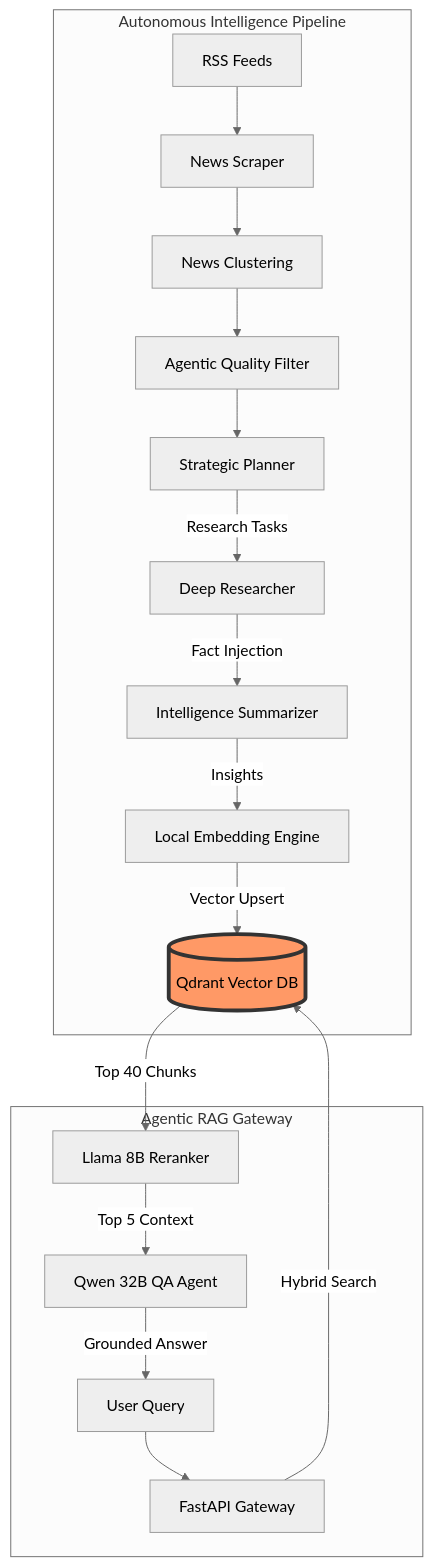
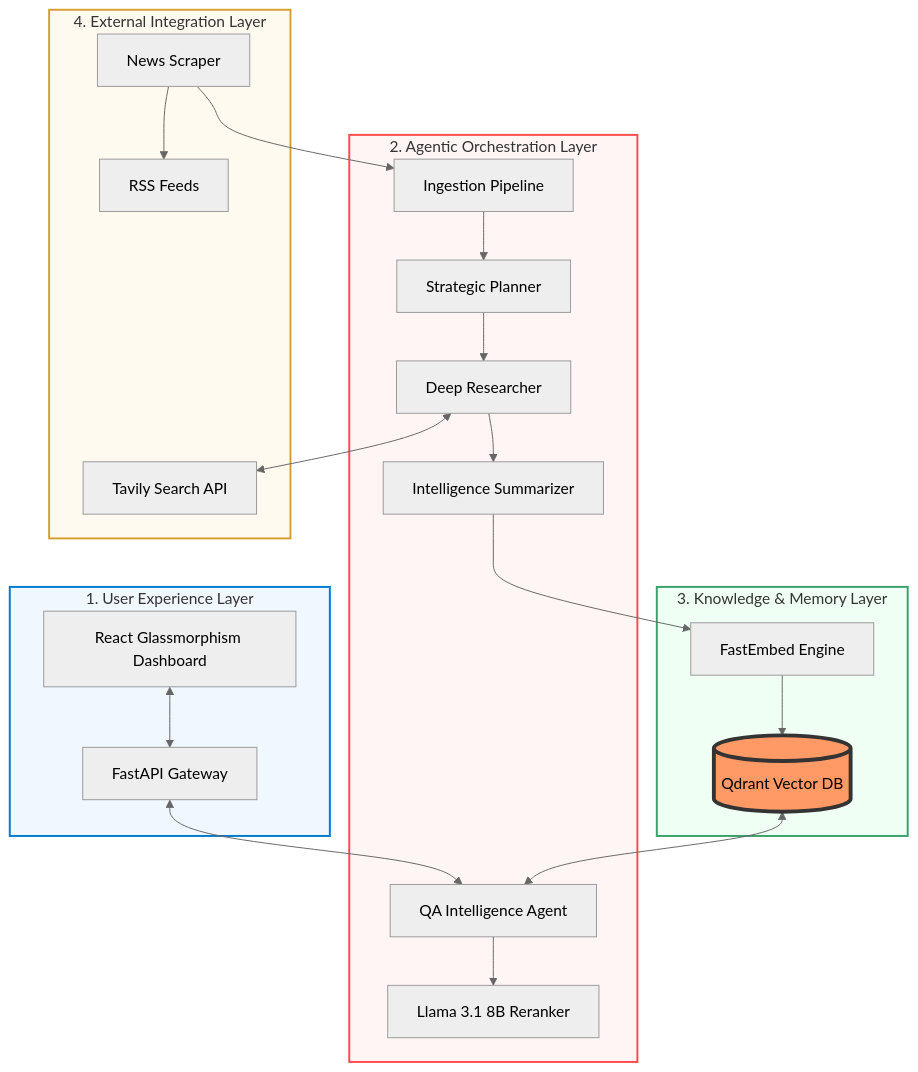
One commit to flxhrdyn/Sekilas.ai changed the diagram in README.md. Above: the diagram before and after it, drawn with Mermaid (neutral theme).

Commit message:
docs: restore and update deployment guide for MAS

````diff
--- a/README.md
+++ b/README.md
@@ -60,23 +60,34 @@
 ```mermaid
-graph TD
-    subgraph Pipeline [Autonomous Intelligence Pipeline]
-        RSS[RSS Feeds] --> Scrape[News Scraper]
-        Scrape --> Cluster[News Clustering]
-        Cluster --> Filter[Agentic Quality Filter]
-        Filter --> Planner[Strategic Planner]
-        Planner -->|Research Tasks| Research[Deep Researcher]
-        Research -->|Fact Injection| Summarizer[Intelligence Summarizer]
-        Summarizer -->|Insights| Embed[Local Embedding Engine]
-        Embed -->|Vector Upsert| QDR[(Qdrant Vector DB)]
-    end
-    
-    subgraph Application [Agentic RAG Gateway]
-        User[User Query] --> API[FastAPI Gateway]
-        API -->|Hybrid Search| QDR
-        QDR -->|Top 40 Chunks| Rerank[Llama 8B Reranker]
-        Rerank -->|Top 5 Context| Qwen[Qwen 32B QA Agent]
-        Qwen -->|Grounded Answer| User
+graph TB
+    subgraph UI_Layer [1. User Experience Layer]
+        UI[React Glassmorphism Dashboard] <--> API[FastAPI Gateway]
     end
 
+    subgraph Orchestration_Layer [2. Agentic Orchestration Layer]
+        API <--> QA_Agent[QA Intelligence Agent]
+        QA_Agent --> Reranker[Llama 3.1 8B Reranker]
+        
+        Pipeline[Ingestion Pipeline] --> Planner[Strategic Planner]
+        Planner --> Researcher[Deep Researcher]
+        Researcher --> Summarizer[Intelligence Summarizer]
+    end
+
+    subgraph Knowledge_Layer [3. Knowledge & Memory Layer]
+        Summarizer --> Embedder[FastEmbed Engine]
+        Embedder --> QDR[(Qdrant Vector DB)]
+        QDR <--> QA_Agent
+    end
+
+    subgraph External_Layer [4. External Integration Layer]
+        Researcher <--> Tavily[Tavily Search API]
+        Scraper[News Scraper] --> RSS[RSS Feeds]
+        Scraper --> Pipeline
+    end
+
+    %% Styling
+    style UI_Layer fill:#f0f7ff,stroke:#007acc,stroke-width:2px
+    style Orchestration_Layer fill:#fff5f5,stroke:#ff4b4b,stroke-width:2px
+    style Knowledge_Layer fill:#f0fff4,stroke:#38a169,stroke-width:2px
+    style External_Layer fill:#fffaf0,stroke:#d69e2e,stroke-width:2px
     style QDR fill:#f96,stroke:#333,stroke-width:4px
 ```
````
